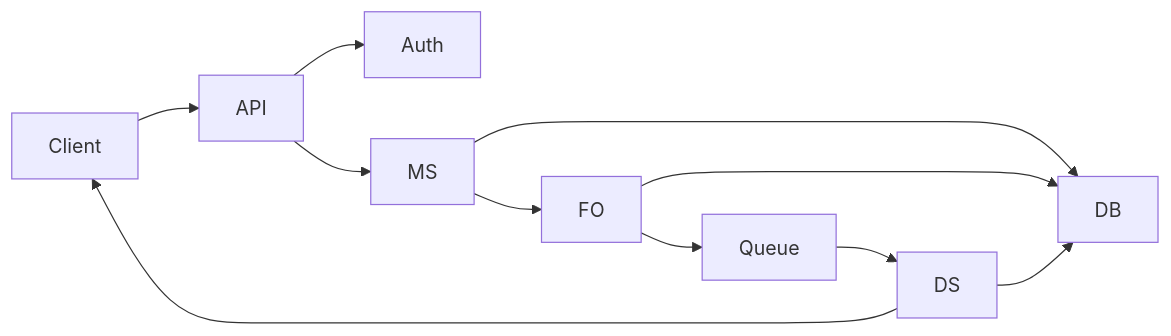
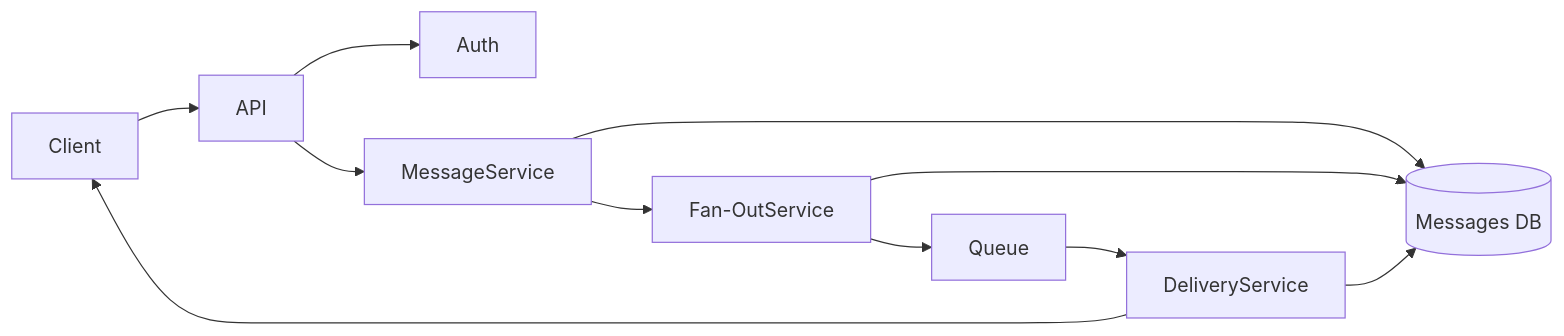
The first of 3 diagrams in lab_1.md (Margaryta0/software-design-and-documentation), drawn with Mermaid before and after one commit. The commit also changed other lines of this file, not shown here.

````diff
--- a/lab_1.md
+++ b/lab_1.md
@@ -15,13 +15,13 @@
 ```mermaid
 graph LR
     Client --> API
     API --> Auth
-    API --> MS
-    MS --> DB
-    MS --> FO
-    FO --> DB
-    FO --> Queue
-    Queue --> DS
-    DS --> DB
-    DS --> Client
+    API --> MessageService
+    MessageService --> DB[(Messages DB)]
+    MessageService --> Fan-OutService
+    Fan-OutService --> DB[(Messages DB)]
+    Fan-OutService --> Queue
+    Queue --> DeliveryService
+    DeliveryService --> DB[(Messages DB)]
+    DeliveryService --> Client
 ```
````
